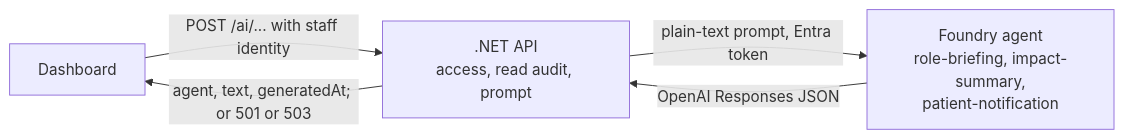
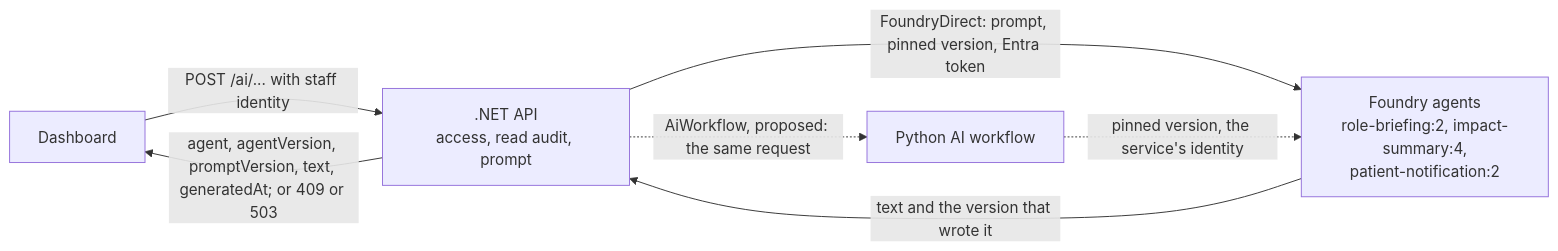
One commit to savannah-pulse/care-loop changed the third of 3 diagrams in docs/ai-design/integration.md. Above: the diagram before and after it, drawn with Mermaid. The commit also changed other lines of this file and 3 other files, not shown here.

First line of the commit message:
Document the dashboard agents against the AI design, with the open decisions

````diff
--- a/docs/ai-design/integration.md
+++ b/docs/ai-design/integration.md
@@ -226,7 +239,9 @@
 ```mermaid
 flowchart LR
     SCREEN[Dashboard] -->|POST /ai/... with staff identity| API[".NET API<br/>access, read audit, prompt"]
-    API -->|plain-text prompt, Entra token| AGENT["Foundry agent<br/>role-briefing, impact-summary,<br/>patient-notification"]
-    AGENT -->|OpenAI Responses JSON| API
-    API -->|agent, text, generatedAt; or 501 or 503| SCREEN
+    API -->|FoundryDirect: prompt, pinned version, Entra token| AGENT["Foundry agents<br/>role-briefing:2, impact-summary:4,<br/>patient-notification:2"]
+    API -.->|AiWorkflow, proposed: the same request| PY["Python AI workflow"]
+    PY -.->|pinned version, the service's identity| AGENT
+    AGENT -->|text and the version that wrote it| API
+    API -->|agent, agentVersion, promptVersion, text, generatedAt; or 409 or 503| SCREEN
 ```
````
